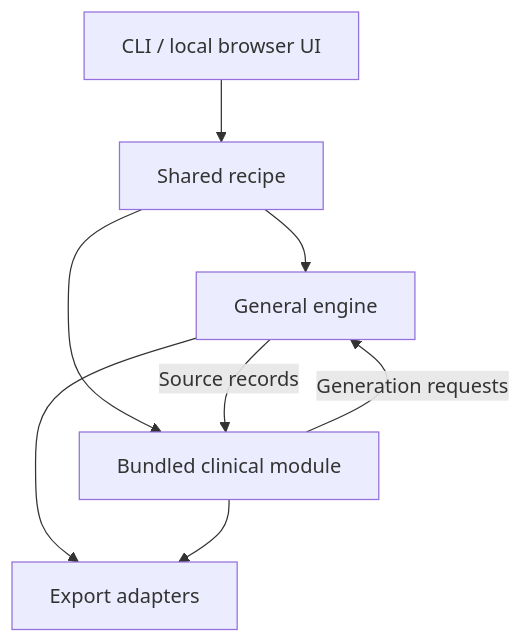
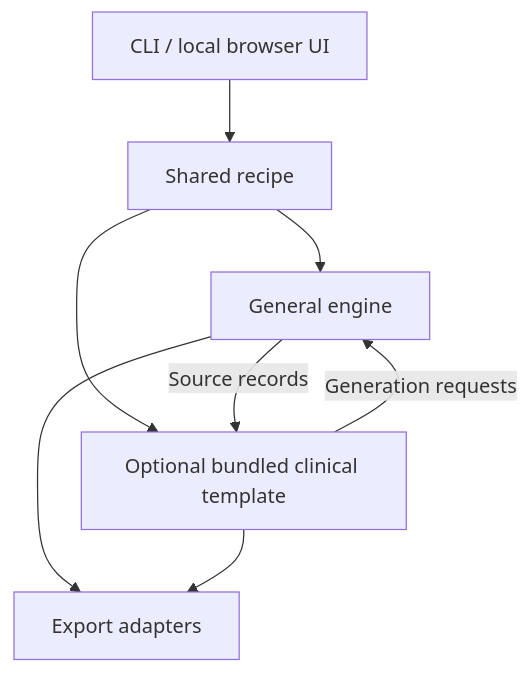
Before and after one commit to Maks1m-Se/ravel: the diagram in README.md, drawn with Mermaid. The commit also changed other lines of this file, not shown here.

````diff
--- a/README.md
+++ b/README.md
@@ -66,10 +129,10 @@
 ```mermaid
 flowchart TD
     ui["CLI / local browser UI"] --> recipe["Shared recipe"]
     recipe --> engine["General engine"]
-    recipe --> clinical["Bundled clinical module"]
+    recipe --> clinical["Optional bundled clinical template"]
     clinical -->|Generation requests| engine
     engine -->|Source records| clinical
     engine --> exports["Export adapters"]
     clinical --> exports
 ```
````
